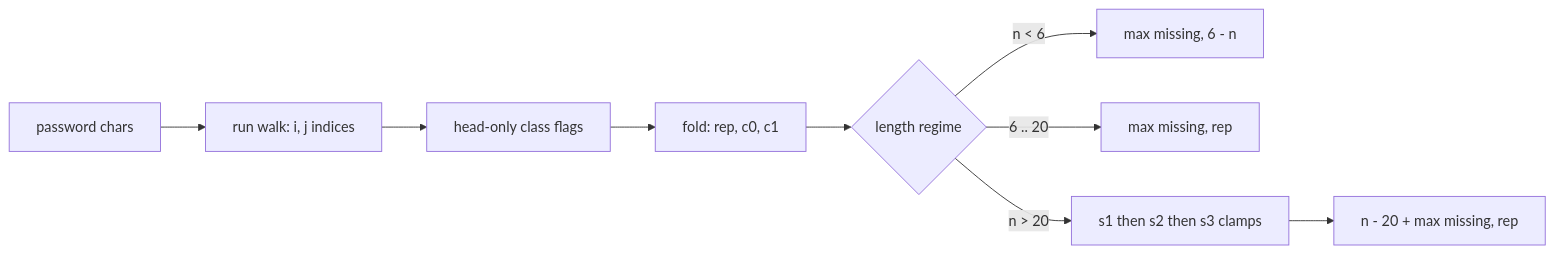
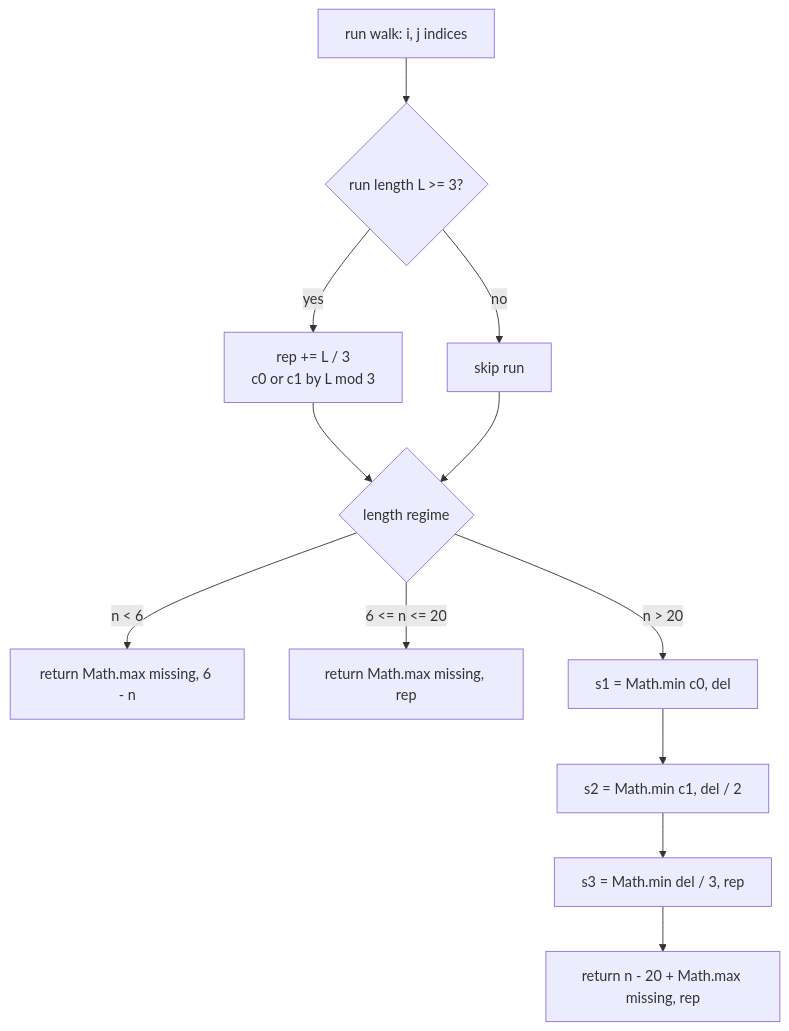
The diagram in Problem/420-strong-password-checker /Java/README.md (taro902/Leetcode-Solution), drawn with Mermaid before and after one commit. The commit also changed other lines of this file, not shown here.

Commit message:
Update README.md with new header and footer images
Updated the header and footer images with new color schemes. Adjusted some content formatting and improved clarity in the explanation of the algorithm.

````diff
--- a/Problem/420-strong-password-checker /Java/README.md
+++ b/Problem/420-strong-password-checker /Java/README.md
@@ -54,11 +60,14 @@
 ```mermaid
-graph LR
-    P[password chars] --> W[run walk: i, j indices]
-    W --> H[head-only class flags]
-    H --> R[fold: rep, c0, c1]
-    R --> Q{length regime}
-    Q -- n < 6 --> I[max missing, 6 - n]
-    Q -- 6 .. 20 --> M[max missing, rep]
-    Q -- n > 20 --> D[s1 then s2 then s3 clamps]
-    D --> A[n - 20 + max missing, rep]
+flowchart TD
+    A[run walk: i, j indices] --> B{run length L >= 3?}
+    B -- yes --> C[rep += L / 3<br/>c0 or c1 by L mod 3]
+    B -- no --> D[skip run]
+    C --> E{length regime}
+    D --> E
+    E -- n < 6 --> F[return Math.max missing, 6 - n]
+    E -- 6 <= n <= 20 --> G[return Math.max missing, rep]
+    E -- n > 20 --> H[s1 = Math.min c0, del]
+    H --> I2[s2 = Math.min c1, del / 2]
+    I2 --> J[s3 = Math.min del / 3, rep]
+    J --> K[return n - 20 + Math.max missing, rep]
 ```
````
